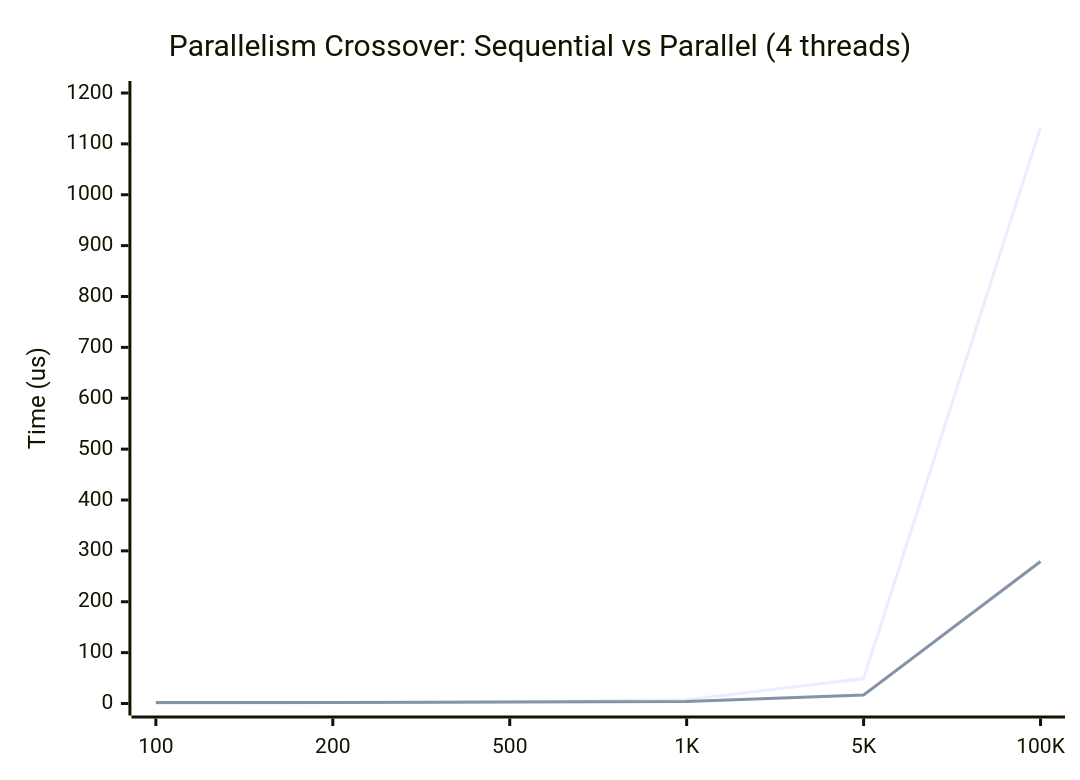
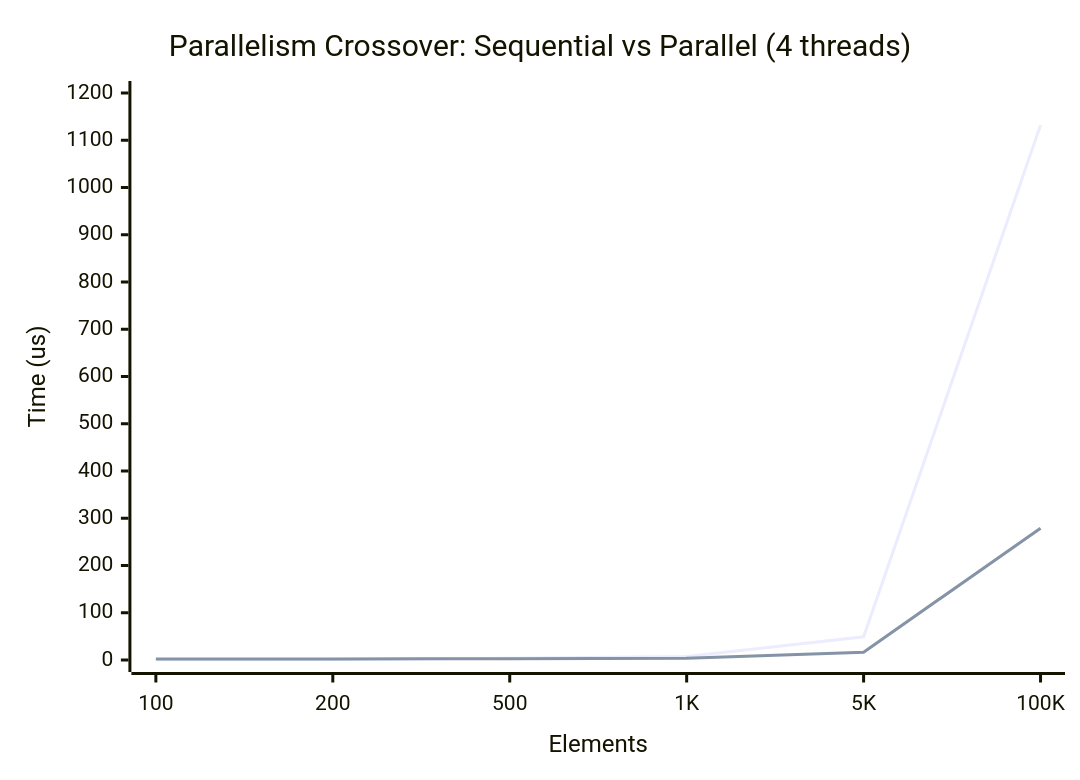
Before and after one commit to jhhuh/ghc-openmp: the sixth of 6 diagrams in index.md, drawn with Mermaid. The commit also changed other lines of this file and 1 other file, not shown here.

First line of the commit message:
Fix architecture snake layout and add labels to all chart series

```diff
--- a/index.md
+++ b/index.md
@@ -1023,8 +1017,8 @@
 <pre class="mermaid">
 xychart-beta
   title "Parallelism Crossover: Sequential vs Parallel (4 threads)"
-  x-axis ["100", "200", "500", "1K", "5K", "100K"]
+  x-axis "Elements" ["100", "200", "500", "1K", "5K", "100K"]
   y-axis "Time (us)" 0 --> 1200
-  line [0.5, 1.3, 3.6, 7.5, 49.0, 1132]
-  line [2.1, 2.2, 2.9, 3.9, 16.6, 279]
+  line "Sequential C (unsafe FFI)" [0.5, 1.3, 3.6, 7.5, 49.0, 1132]
+  line "Parallel OpenMP (safe FFI)" [2.1, 2.2, 2.9, 3.9, 16.6, 279]
 </pre>
```
